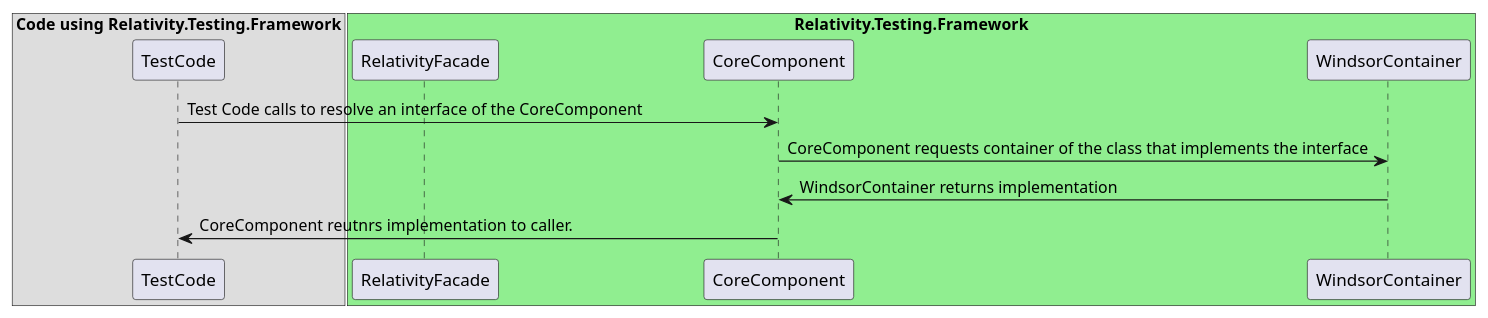
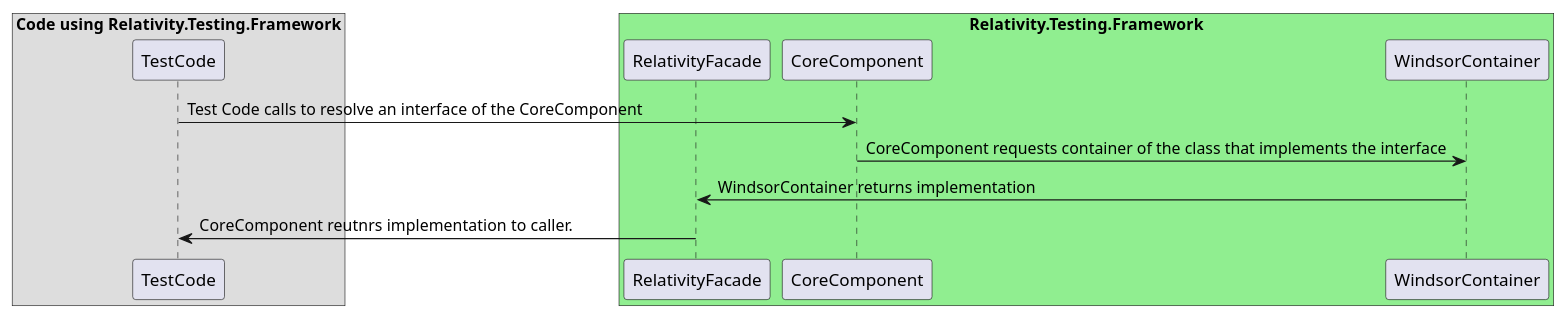
The diagram in docs/dev/SequenceDiagrams/UMLFiles/RegisteredServices.iuml (relativitydev/relativity.testing.framework), drawn with PlantUML before and after one commit.

Commit message:
TESTENG-1465: Update CoreComponent and RegisteredServices Sequence diagrams

```diff
--- a/docs/dev/SequenceDiagrams/UMLFiles/RegisteredServices.iuml
+++ b/docs/dev/SequenceDiagrams/UMLFiles/RegisteredServices.iuml
@@ -1,18 +1,18 @@
 @startuml Relativity.Testing.Framework RegisteredServices Sequence Diagram
 
 box "Code using Relativity.Testing.Framework"
 participant "TestCode"
 end box
 
 box "Relativity.Testing.Framework" #LightGreen
 participant "RelativityFacade"
 participant "CoreComponent"
 participant "WindsorContainer"
 end box
 
 "TestCode" -> "CoreComponent" : Test Code calls to resolve an interface of the CoreComponent
 "CoreComponent" -> "WindsorContainer" : CoreComponent requests container of the class that implements the interface
-"WindsorContainer" -> "CoreComponent" : WindsorContainer returns implementation 
-"TestCode" <- "CoreComponent" : CoreComponent reutnrs implementation to caller. 
+"WindsorContainer" -> "RelativityFacade" : WindsorContainer returns implementation 
+"TestCode" <- "RelativityFacade" : CoreComponent reutnrs implementation to caller. 
 
 @enduml
```
